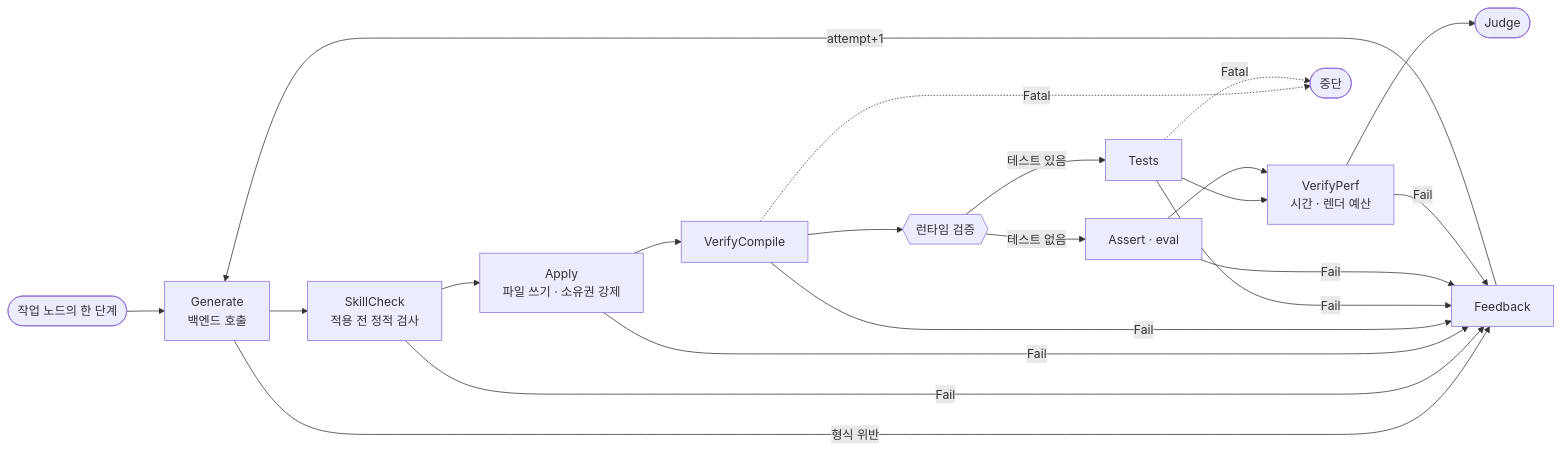
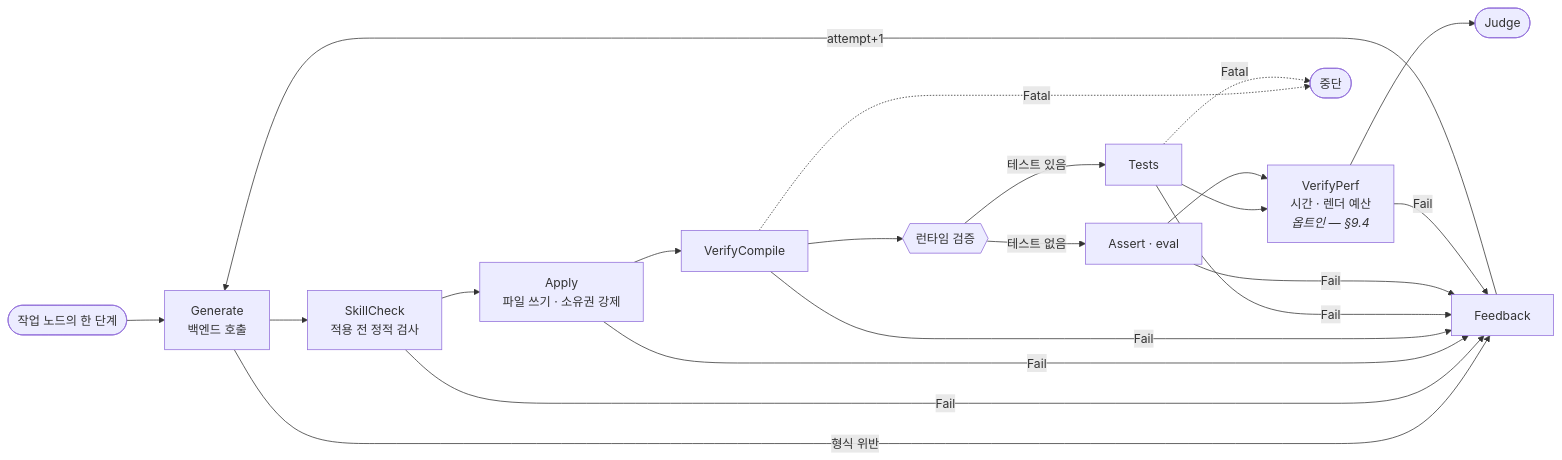
The fifth of 12 diagrams in docs/ARCHITECTURE.ko.md (SeoBYP/GameDev-AgentLoop), drawn with Mermaid before and after one commit. The commit also changed other lines of this file and 8 other files, not shown here.

First line of the commit message:
성능 검증을 루프 밖으로 (옵트인 --perf)

````diff
--- a/docs/ARCHITECTURE.ko.md
+++ b/docs/ARCHITECTURE.ko.md
@@ -277,25 +277,25 @@
 ```mermaid
 flowchart LR
     S([작업 노드의 한 단계]) --> GEN["Generate<br/>백엔드 호출"]
     GEN -->|"형식 위반"| FB
     GEN --> GATE["SkillCheck<br/>적용 전 정적 검사"]
     GATE --> AP["Apply<br/>파일 쓰기 · 소유권 강제"]
     AP --> VC["VerifyCompile"]
     VC --> VR{{"런타임 검증"}}
     VR -->|"테스트 있음"| VT["Tests"]
     VR -->|"테스트 없음"| VA["Assert · eval"]
-    VT --> VP["VerifyPerf<br/>시간 · 렌더 예산"]
+    VT --> VP["VerifyPerf<br/>시간 · 렌더 예산<br/><i>옵트인 — §9.4</i>"]
     VA --> VP
     VP --> J([Judge])
 
     GATE -->|Fail| FB["Feedback"]
     AP -->|Fail| FB
     VC -->|Fail| FB
     VT -->|Fail| FB
     VA -->|Fail| FB
     VP -->|Fail| FB
     FB -->|"attempt+1"| GEN
 
     VC -.->|Fatal| AB([중단])
     VT -.->|Fatal| AB
 ```
````
